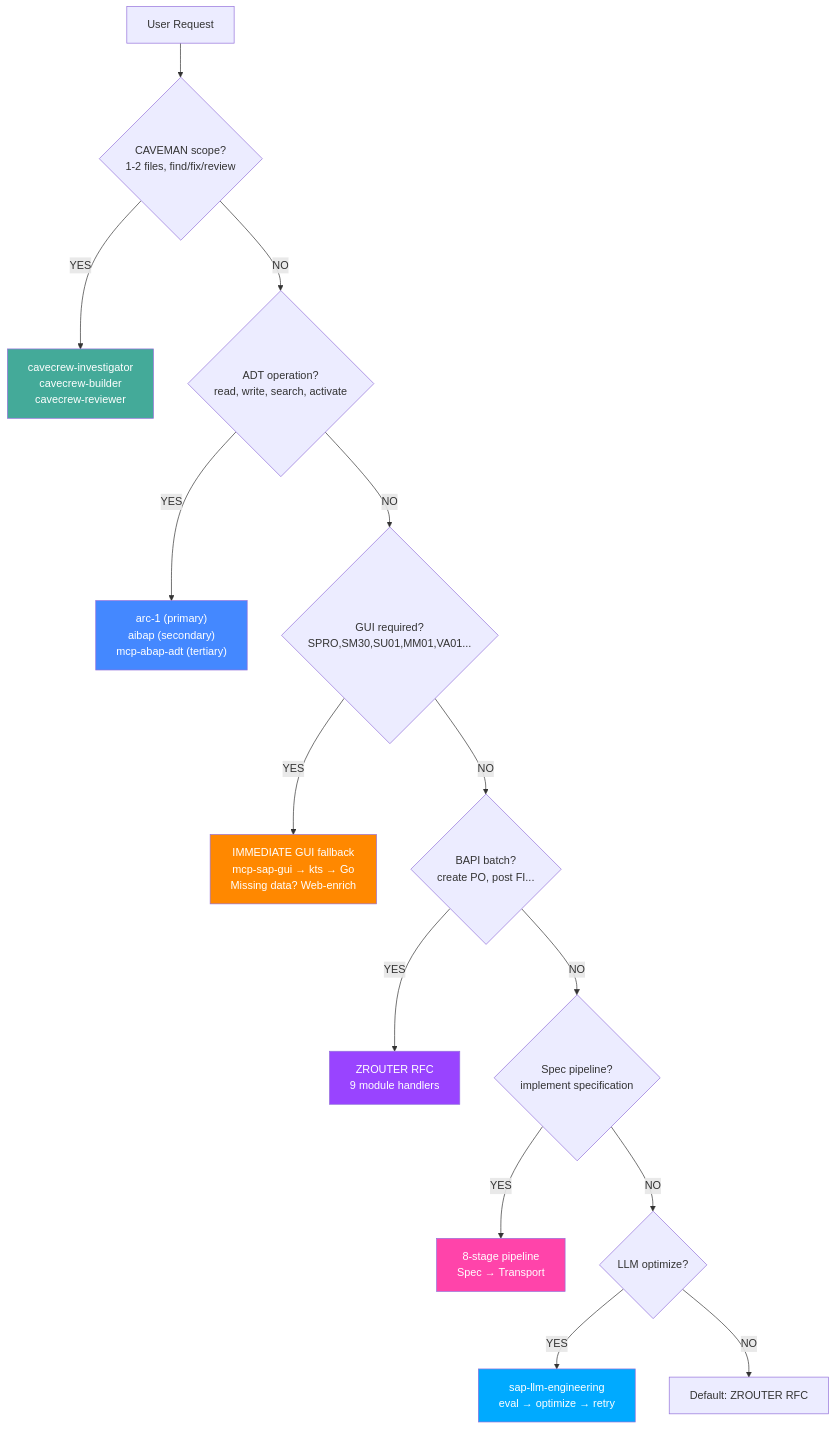
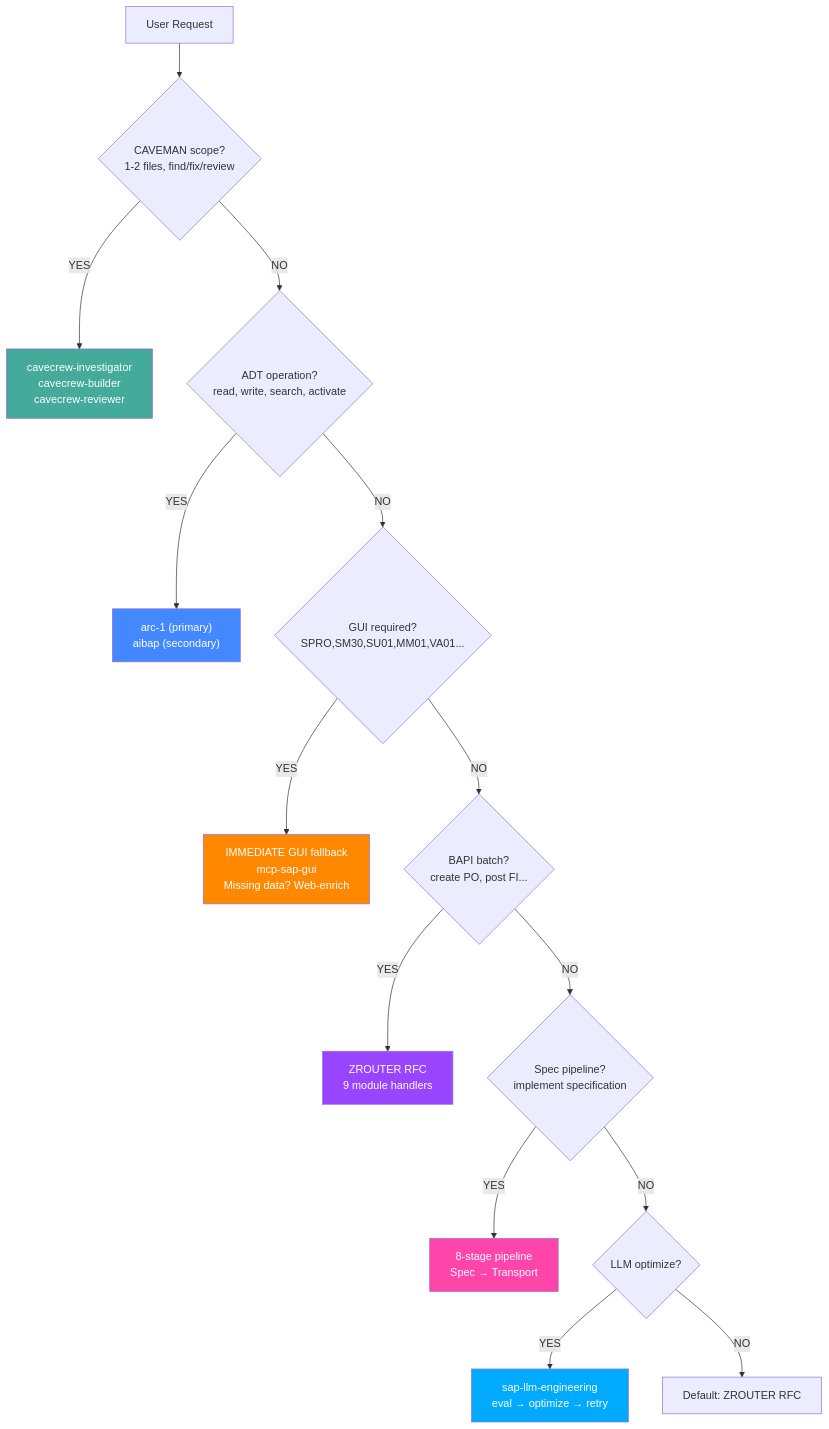
Before and after one commit to williamcorrea23/sap-router-skill: the first of 2 diagrams in README.md, drawn with Mermaid. The commit also changed other lines of this file and 1 other file, not shown here.

````diff
--- a/README.md
+++ b/README.md
@@ -51,23 +59,23 @@
 ```mermaid
 flowchart TD
     REQ["User Request"] --> Q1{"CAVEMAN scope?<br/>1-2 files, find/fix/review"}
     Q1 -->|"YES"| CV["cavecrew-investigator<br/>cavecrew-builder<br/>cavecrew-reviewer"]
     Q1 -->|"NO"| Q2{"ADT operation?<br/>read, write, search, activate"}
-    Q2 -->|"YES"| ADT["arc-1 (primary)<br/>aibap (secondary)<br/>mcp-abap-adt (tertiary)"]
+    Q2 -->|"YES"| ADT["arc-1 (primary)<br/>aibap (secondary)"]
     Q2 -->|"NO"| Q3{"GUI required?<br/>SPRO,SM30,SU01,MM01,VA01..."}
-    Q3 -->|"YES"| GUI["IMMEDIATE GUI fallback<br/>mcp-sap-gui → kts → Go<br/>Missing data? Web-enrich"]
+    Q3 -->|"YES"| GUI["IMMEDIATE GUI fallback<br/>mcp-sap-gui<br/>Missing data? Web-enrich"]
     Q3 -->|"NO"| Q4{"BAPI batch?<br/>create PO, post FI..."}
     Q4 -->|"YES"| RFC["ZROUTER RFC<br/>9 module handlers"]
     Q4 -->|"NO"| Q5{"Spec pipeline?<br/>implement specification"}
     Q5 -->|"YES"| PL["8-stage pipeline<br/>Spec → Transport"]
     Q5 -->|"NO"| Q6{"LLM optimize?"}
     Q6 -->|"YES"| LLM["sap-llm-engineering<br/>eval → optimize → retry"]
     Q6 -->|"NO"| DEF["Default: ZROUTER RFC"]
 
     style CV fill:#4a9,color:#fff
     style ADT fill:#48f,color:#fff
     style GUI fill:#f80,color:#fff
     style RFC fill:#94f,color:#fff
     style PL fill:#f4a,color:#fff
     style LLM fill:#0af,color:#fff
 ```
````
